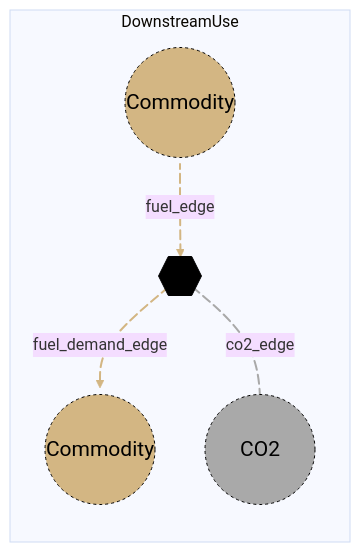
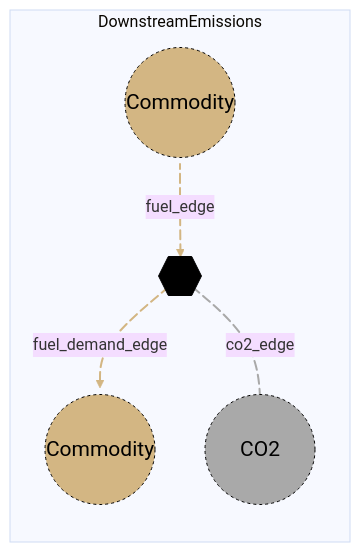
Before and after one commit to acheng1757/MacroEnergy-Abbie.jl: the fourth of 30 diagrams in docs/src/Manual/Assets.md, drawn with Mermaid. The commit also changed other lines of this file and 4 other files, not shown here.

Commit message:
Rename DownstreamUse --> DownstreamEmissions

````diff
--- a/docs/src/Manual/Assets.md
+++ b/docs/src/Manual/Assets.md
@@ -111,24 +111,24 @@
 ```mermaid
 %%{init: {'theme': 'base', 'themeVariables': { 'background': '#D1EBDE' }}}%%
 flowchart LR
-  subgraph "DownstreamUse"
+  subgraph "DownstreamEmissions"
   direction TB
     A{{..}}
     E((Commodity))
     F((Commodity))
     G((CO2))
     E a@--fuel_edge--> A
     A b@--fuel_demand_edge--> F
     A c@--co2_edge--> G
   end
     style A fill:black,stroke:black,color:black;
     style E font-size:21px,r:55px,fill:#d3b683,stroke:black,color:black,stroke-dasharray: 3,5;
     style F font-size:21px,r:55px,fill:#d3b683,stroke:black,color:black,stroke-dasharray: 3,5;
     style G font-size:21px,r:55px,fill:#A9A9A9,stroke:black,color:black,stroke-dasharray: 3,5;
     linkStyle 0 stroke:#d3b683,stroke-width: 2px;
     a@{ animate: true };
     linkStyle 1 stroke:#d3b683,stroke-width: 2px;
     b@{ animate: true };
     linkStyle 2 stroke:#A9A9A9,stroke-width: 2px;
     c@{ animate: true };
 ```
````
